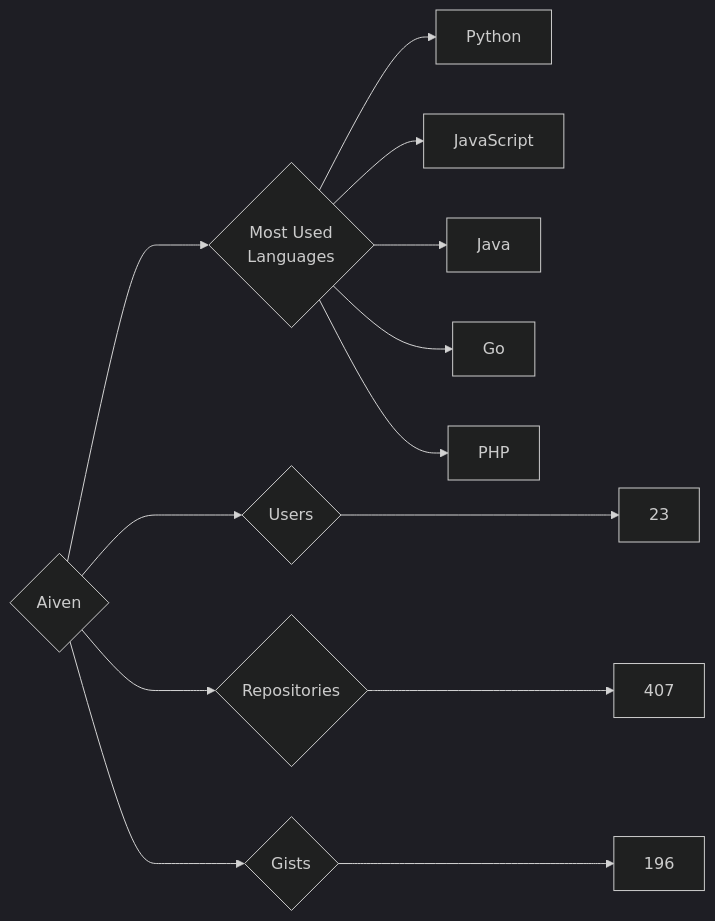
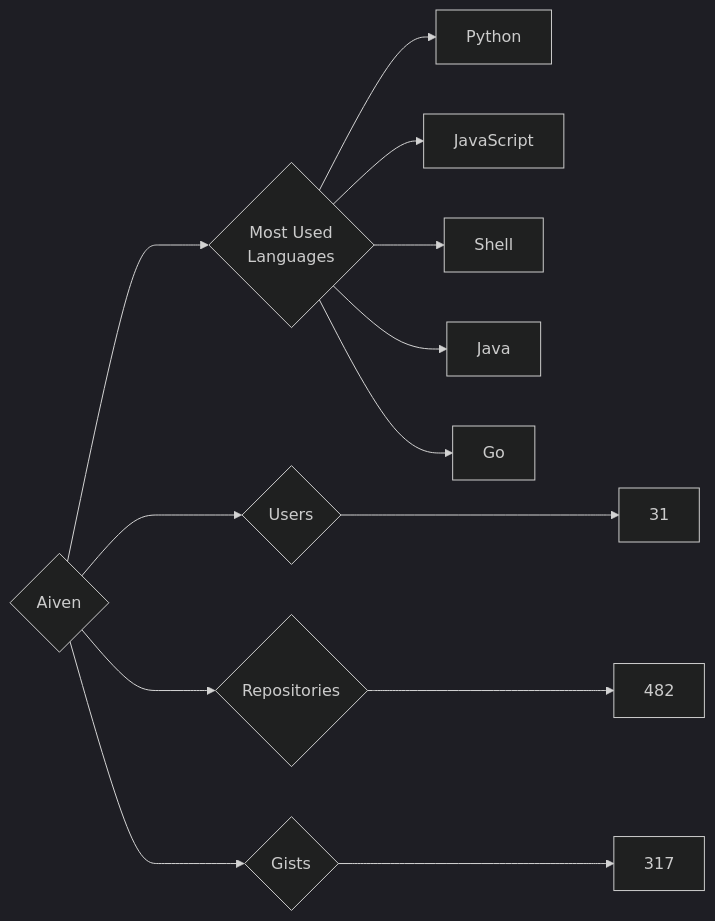
Before and after one commit to trickest/insiders: the diagram in targets/Aiven/README.md, drawn with Mermaid (dark theme). The commit also changed 823 other files, not shown here.

````diff
--- a/targets/Aiven/README.md
+++ b/targets/Aiven/README.md
@@ -3,13 +3,13 @@
 ```mermaid
 graph LR
 COMPANY_NAME{Aiven}
-COMPANY_NAME ---> U{Users} ---> UN[23]
-COMPANY_NAME ---> R{Repositories} ---> RN[407]
-COMPANY_NAME ---> G{Gists} ---> GN[196]
+COMPANY_NAME ---> U{Users} ---> UN[31]
+COMPANY_NAME ---> R{Repositories} ---> RN[482]
+COMPANY_NAME ---> G{Gists} ---> GN[317]
 COMPANY_NAME ---> ML{Most Used<br>Languages}
 ML --> Python[Python]
 ML --> JavaScript[JavaScript]
+ML --> Shell[Shell]
 ML --> Java[Java]
 ML --> Go[Go]
-ML --> PHP[PHP]
 ```
````
